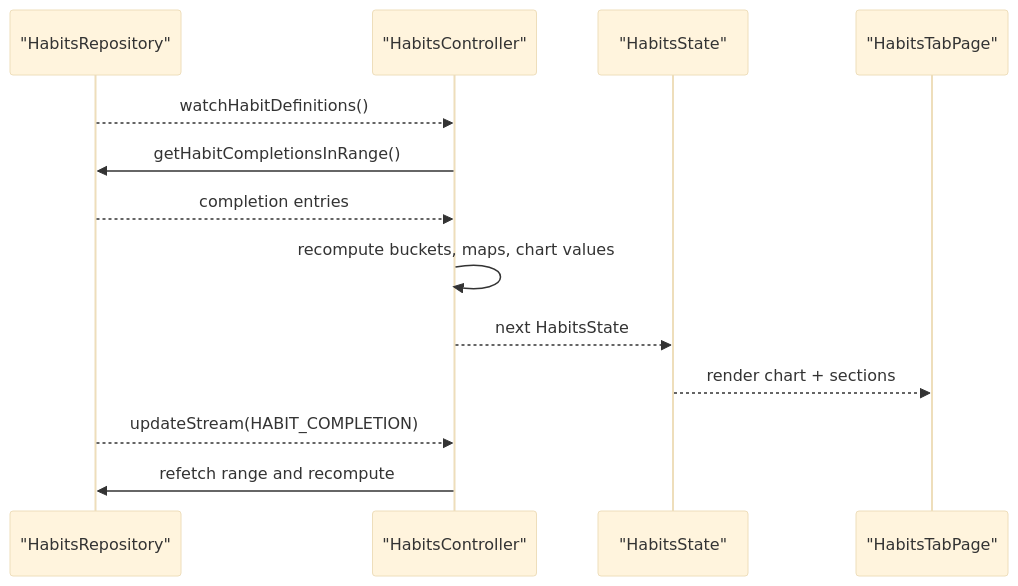
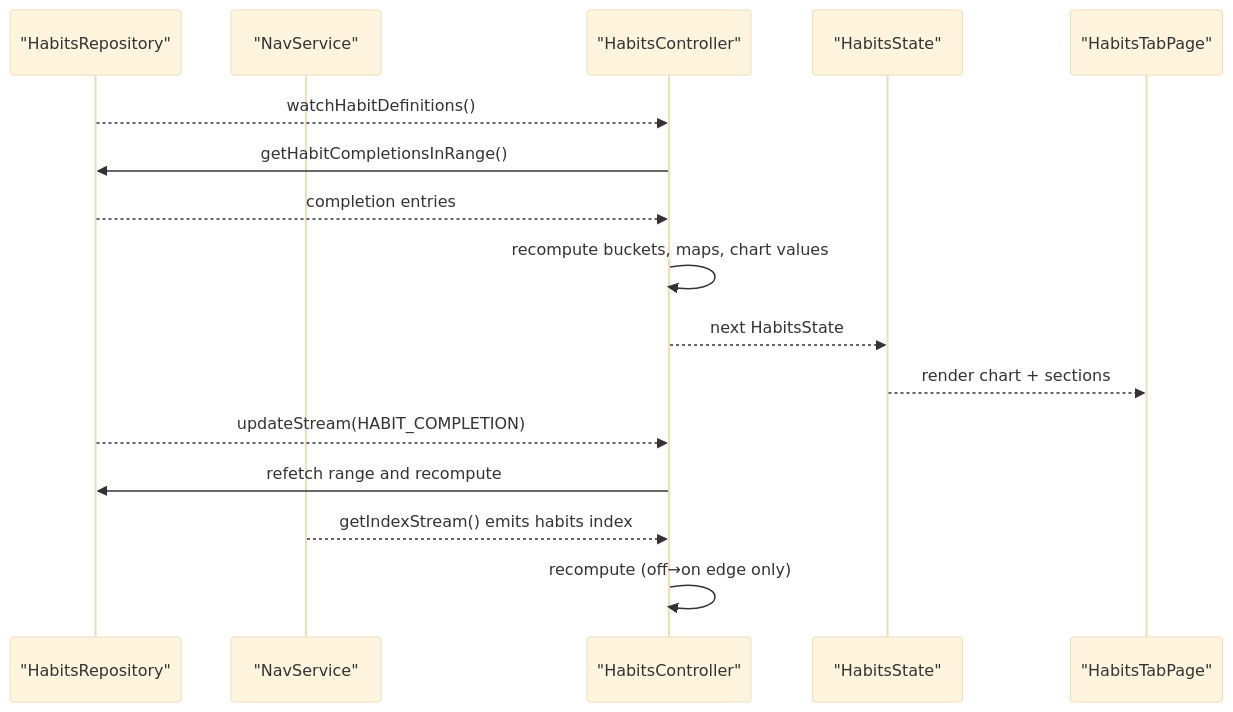
Before and after one commit to matthiasn/lotti: the second of 4 diagrams in lib/features/habits/README.md, drawn with Mermaid (base theme). The commit also changed other lines of this file and 8 other files, not shown here.

````diff
--- a/lib/features/habits/README.md
+++ b/lib/features/habits/README.md
@@ -176,16 +176,19 @@
 ```mermaid
 sequenceDiagram
   participant Repo as "HabitsRepository"
+  participant Nav as "NavService"
   participant Ctrl as "HabitsController"
   participant State as "HabitsState"
   participant UI as "HabitsTabPage"
 
   Repo-->>Ctrl: watchHabitDefinitions()
   Ctrl->>Repo: getHabitCompletionsInRange()
   Repo-->>Ctrl: completion entries
   Ctrl->>Ctrl: recompute buckets, maps, chart values
   Ctrl-->>State: next HabitsState
   State-->>UI: render chart + sections
   Repo-->>Ctrl: updateStream(HABIT_COMPLETION)
   Ctrl->>Repo: refetch range and recompute
+  Nav-->>Ctrl: getIndexStream() emits habits index
+  Ctrl->>Ctrl: recompute (off→on edge only)
 ```
````
